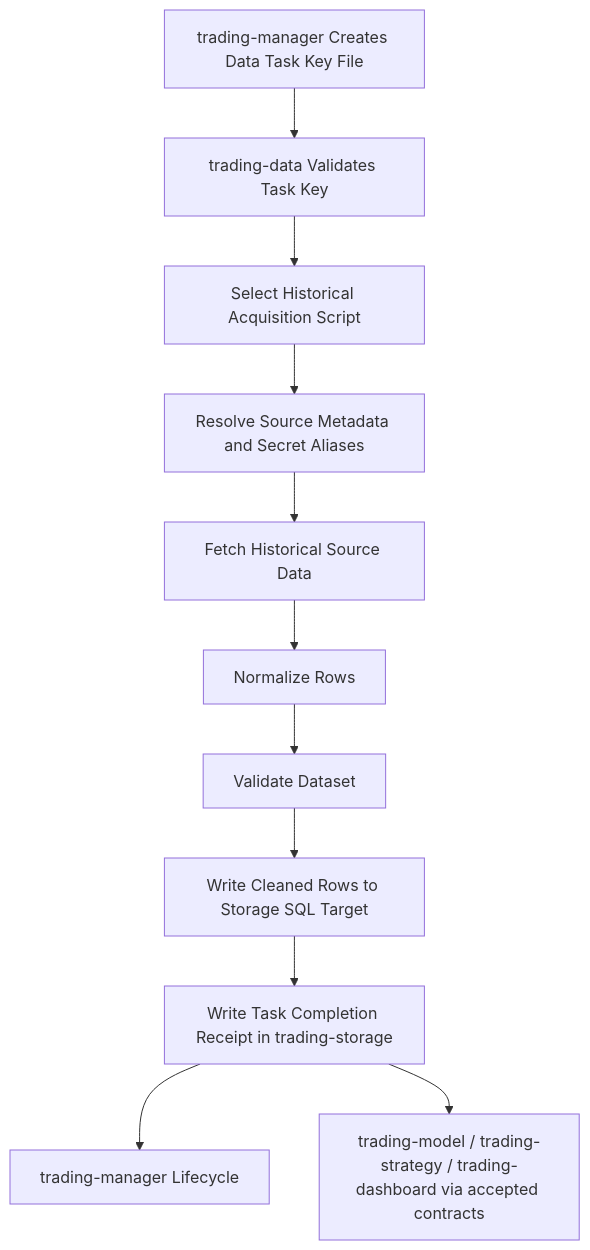
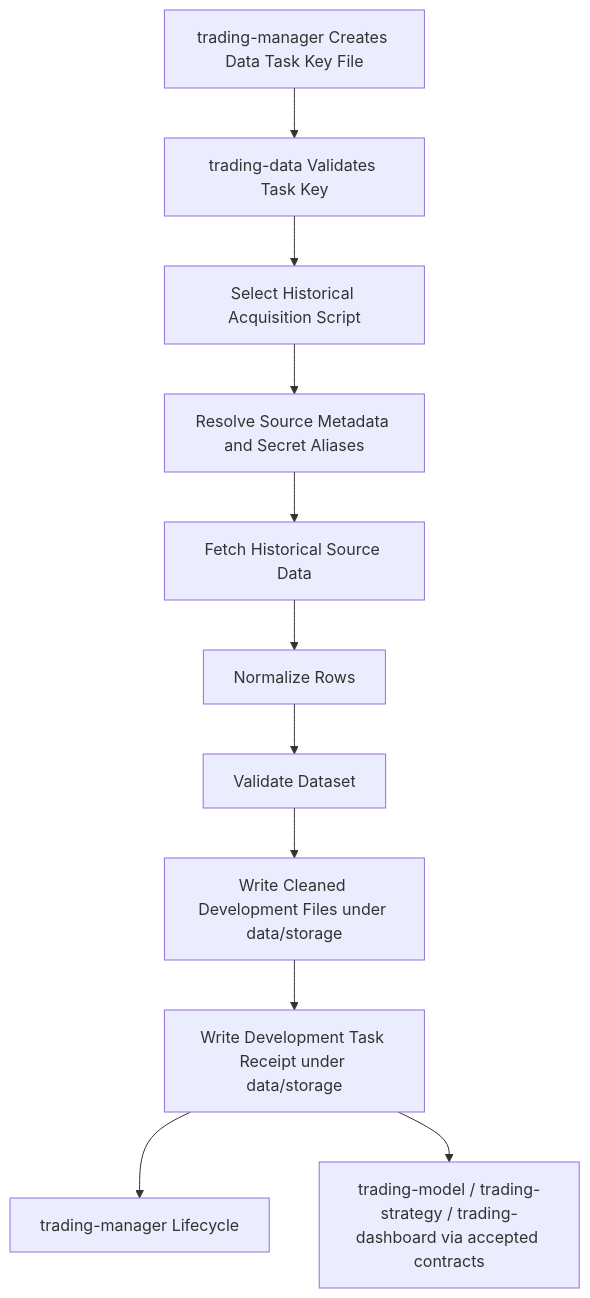
Before and after one commit to gilmore307/trading-data: the diagram in docs/02_workflow.md, drawn with Mermaid. The commit also changed other lines of this file and 10 other files, not shown here.

Commit message:
Use local development data storage

````diff
--- a/docs/02_workflow.md
+++ b/docs/02_workflow.md
@@ -33,13 +33,13 @@
 ```mermaid
 flowchart TD
   A[trading-manager Creates Data Task Key File] --> B[trading-data Validates Task Key]
   B --> C[Select Historical Acquisition Script]
   C --> D[Resolve Source Metadata and Secret Aliases]
   D --> E[Fetch Historical Source Data]
   E --> F[Normalize Rows]
   F --> G[Validate Dataset]
-  G --> H[Write Cleaned Rows to Storage SQL Target]
-  H --> I[Write Task Completion Receipt in trading-storage]
+  G --> H[Write Cleaned Development Files under data/storage]
+  H --> I[Write Development Task Receipt under data/storage]
   I --> J[trading-manager Lifecycle]
   I --> K[trading-model / trading-strategy / trading-dashboard via accepted contracts]
 ```
````
